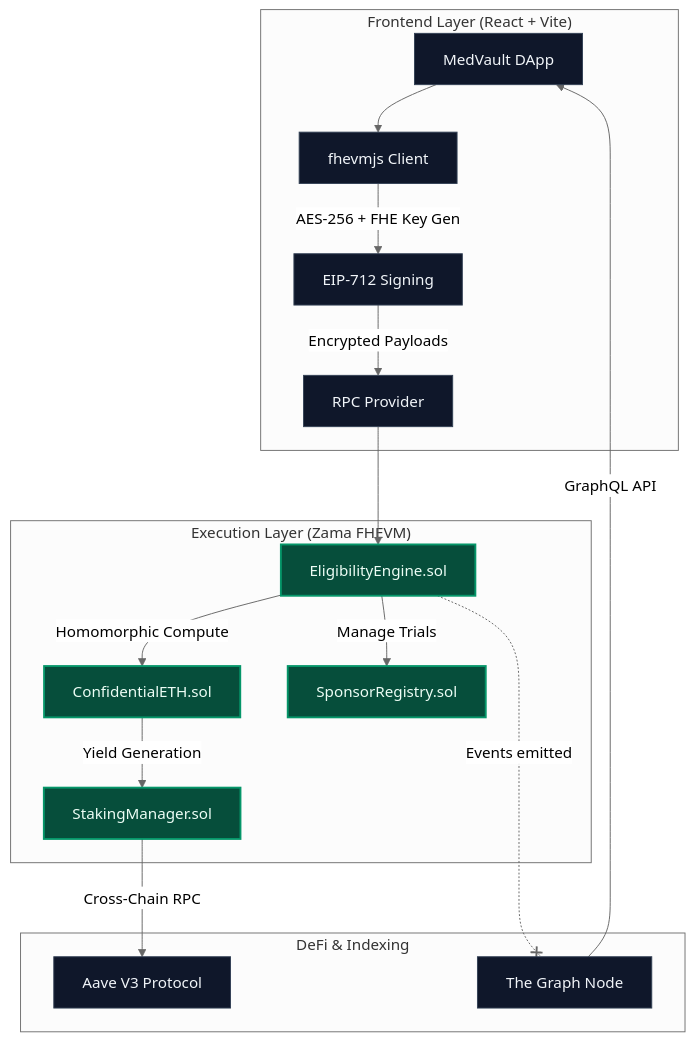
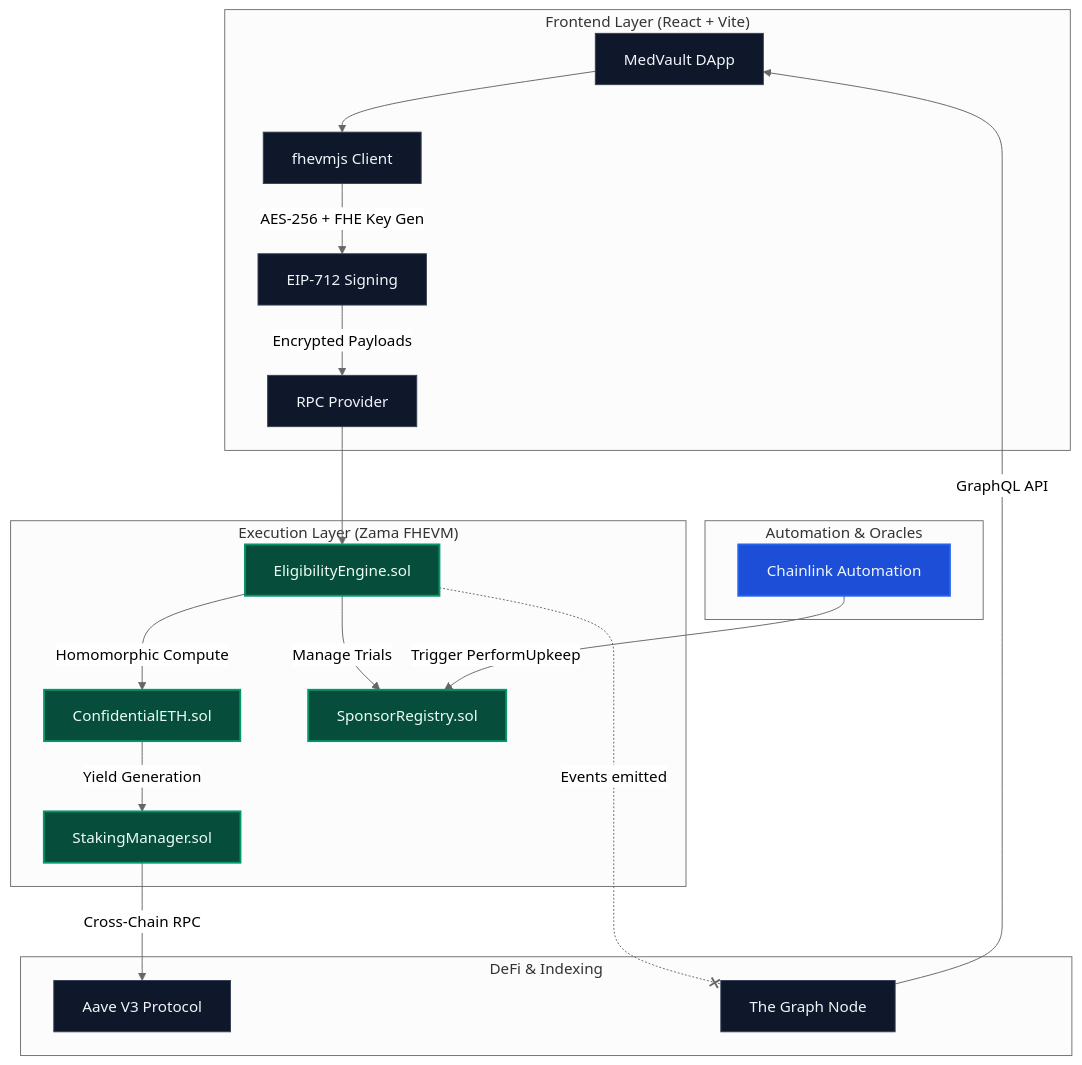
One commit to shery8595/Medvault changed the first of 6 diagrams in README.md. Above: the diagram before and after it, drawn with Mermaid (neutral theme). The commit also changed other lines of this file, not shown here.

````diff
--- a/README.md
+++ b/README.md
@@ -18,25 +18,31 @@
 ```mermaid
 graph TD
     subgraph "Frontend Layer (React + Vite)"
         A[MedVault DApp] --> B[fhevmjs Client]
         B -->|AES-256 + FHE Key Gen| C[EIP-712 Signing]
         C -->|Encrypted Payloads| D[RPC Provider]
     end
     
     subgraph "Execution Layer (Zama FHEVM)"
         D --> E[EligibilityEngine.sol]
         E -->|Homomorphic Compute| F[ConfidentialETH.sol]
         E -->|Manage Trials| H[SponsorRegistry.sol]
         F -->|Yield Generation| G[StakingManager.sol]
     end
     
     subgraph "DeFi & Indexing"
         G -->|Cross-Chain RPC| I[Aave V3 Protocol]
         E .-x|Events emitted| J[The Graph Node]
         J -->|GraphQL API| A
     end
 
+    subgraph "Automation & Oracles"
+        K[Chainlink Automation] -->|Trigger PerformUpkeep| H
+    end
+
     classDef default fill:#0f172a,stroke:#334155,stroke-width:1px,color:#f1f5f9;
     classDef zama fill:#064e3b,stroke:#059669,stroke-width:2px,color:#ecfdf5;
+    classDef link fill:#1d4ed8,stroke:#2563eb,stroke-width:2px,color:#eff6ff;
     class E,F,G,H zama
+    class K link
 ```
````
